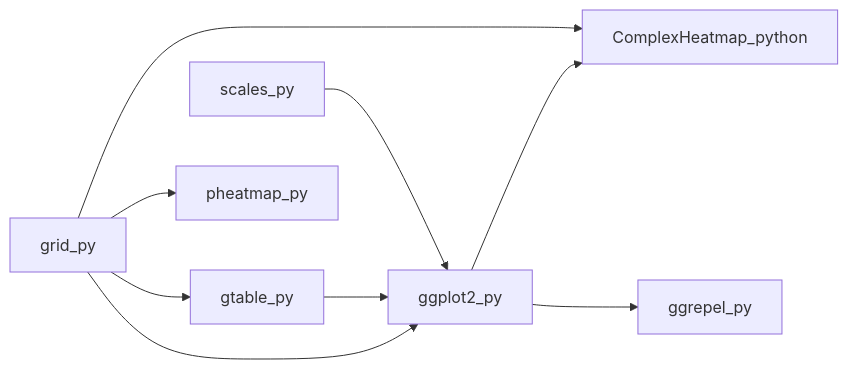
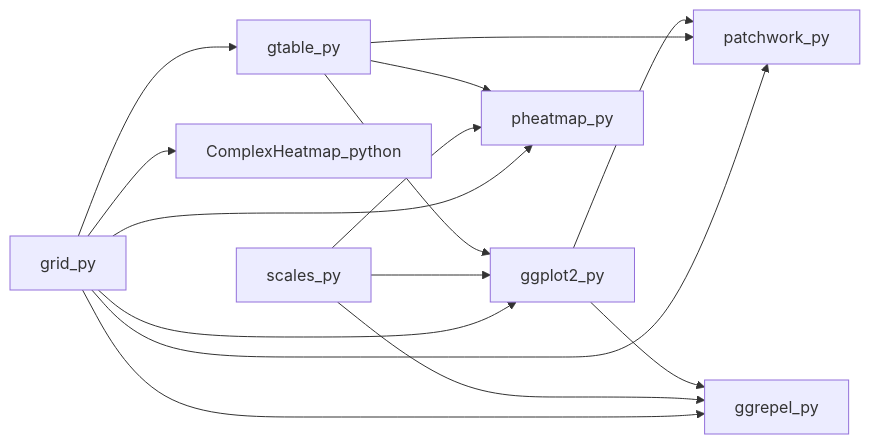
The diagram in profile/README.md (Bio-Babel/.github), drawn with Mermaid before and after one commit. The commit also changed other lines of this file, not shown here.

Commit message:
profile: add patchwork to viz stack, audit deps, dynamic library count
- Replace static libraries badge with shields.io dynamic/json reading
  public_repos from the GitHub org API
- Add patchwork_py node and edges (grid, gtable, ggplot2 → patchwork)
- Drop incorrect ggplot2 → ComplexHeatmap edge (CH only depends on grid)
- Add real deps that were missing: scales/gtable → pheatmap,
  scales/grid → ggrepel
- Update prose chain to reflect that pheatmap/ComplexHeatmap are
  grid-native, not downstream of ggplot2

````diff
--- a/profile/README.md
+++ b/profile/README.md
@@ -39,11 +39,17 @@
 ```mermaid
 graph LR
-  scales[scales_py] --> ggplot2[ggplot2_py]
-  gtable[gtable_py]  --> ggplot2
-  grid[grid_py]       --> gtable
-  grid                --> ggplot2
-  grid                --> pheatmap[pheatmap_py]
-  grid                --> CH[ComplexHeatmap_python]
-  ggplot2             --> CH
-  ggplot2             --> ggrepel[ggrepel_py]
+  grid[grid_py]      --> gtable[gtable_py]
+  grid               --> ggplot2[ggplot2_py]
+  grid               --> pheatmap[pheatmap_py]
+  grid               --> CH[ComplexHeatmap_python]
+  grid               --> ggrepel[ggrepel_py]
+  grid               --> patchwork[patchwork_py]
+  scales[scales_py]  --> ggplot2
+  scales             --> pheatmap
+  scales             --> ggrepel
+  gtable             --> ggplot2
+  gtable             --> pheatmap
+  gtable             --> patchwork
+  ggplot2            --> ggrepel
+  ggplot2            --> patchwork
 ```
````
